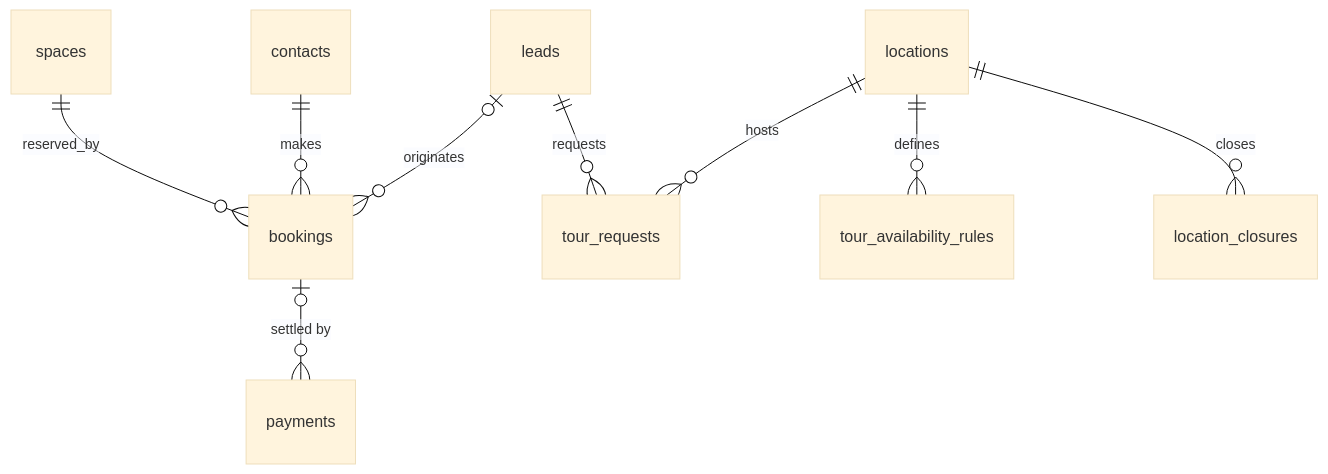
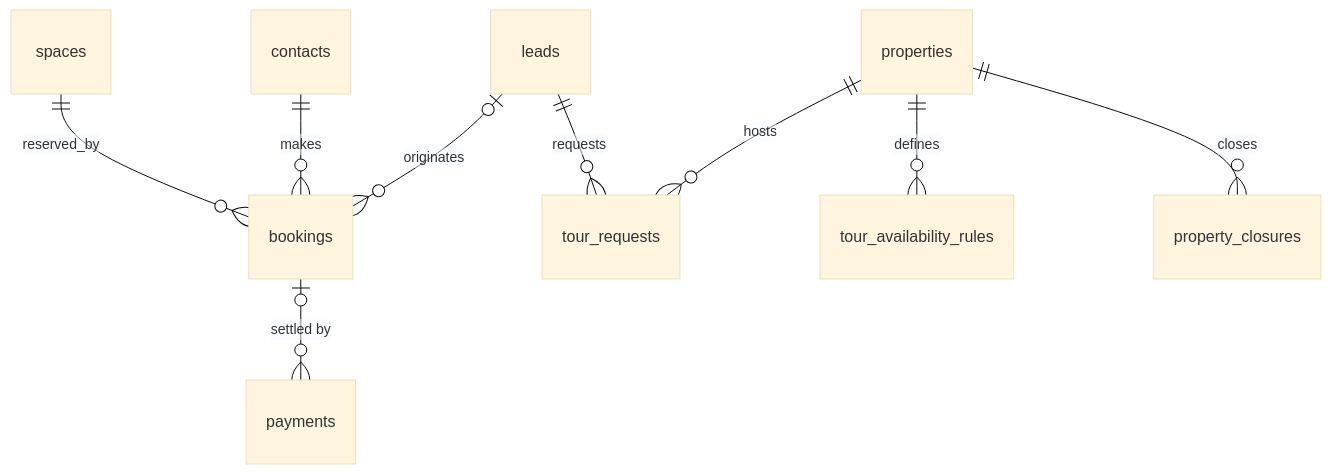
The fourth of 6 diagrams in docs/architecture/DATABASE_ERD.md (ErSuryaPrakashChamoli/smartgo), drawn with Mermaid (base theme) before and after one commit. The commit also changed other lines of this file and 26 other files, not shown here.

````diff
--- a/docs/architecture/DATABASE_ERD.md
+++ b/docs/architecture/DATABASE_ERD.md
@@ -220,11 +223,11 @@
 ```mermaid
 erDiagram
   spaces ||--o{ bookings : reserved_by
   contacts ||--o{ bookings : makes
   leads |o--o{ bookings : "originates"
-  locations ||--o{ tour_requests : hosts
+  properties ||--o{ tour_requests : hosts
   leads ||--o{ tour_requests : requests
-  locations ||--o{ tour_availability_rules : defines
-  locations ||--o{ location_closures : closes
+  properties ||--o{ tour_availability_rules : defines
+  properties ||--o{ property_closures : closes
   bookings |o--o{ payments : "settled by"
 ```
````
